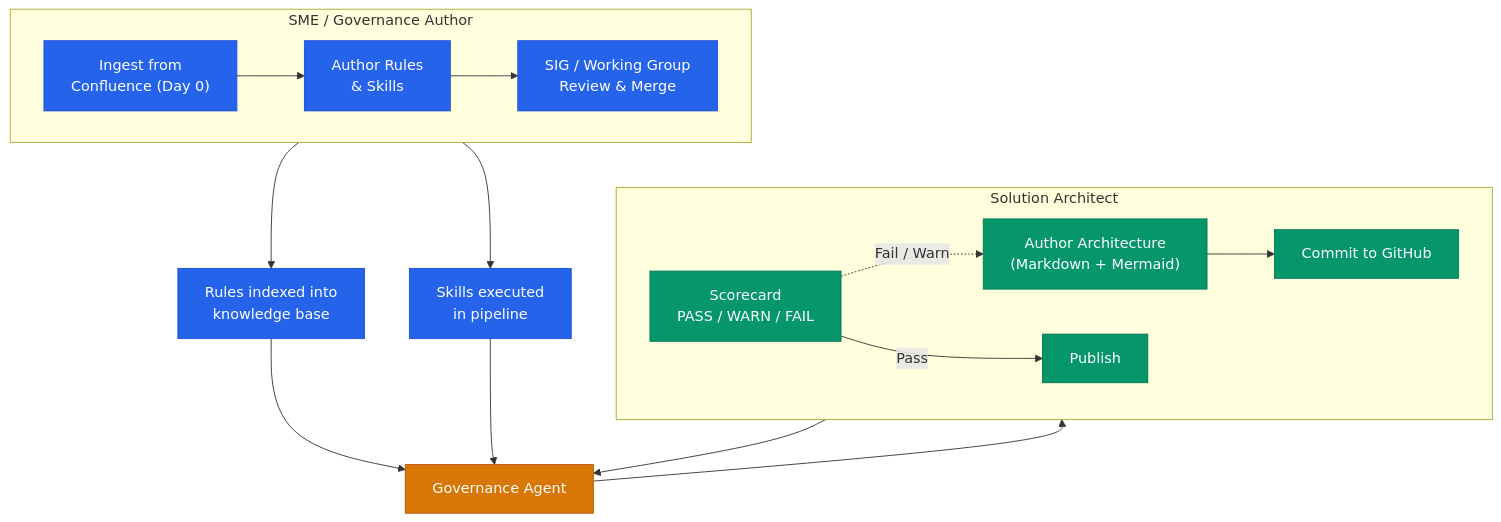
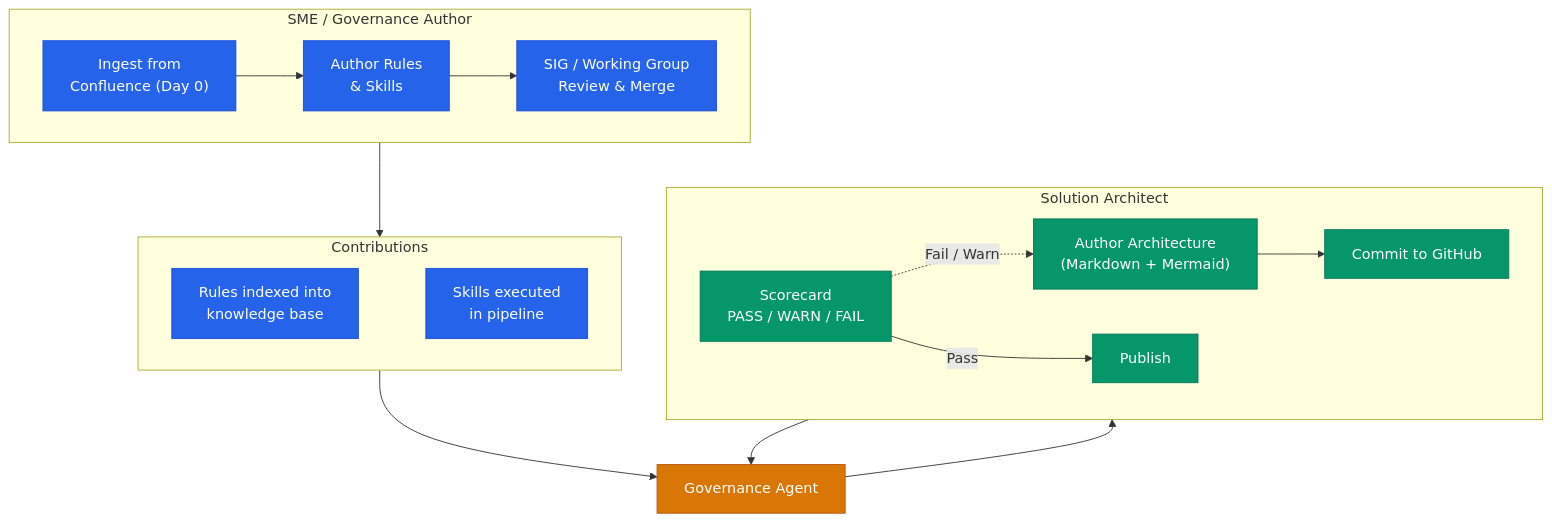
The third of 10 diagrams in docs/lifecycle.md (byrash/architecture-governance), drawn with Mermaid before and after one commit. The commit also changed other lines of this file, not shown here.

````diff
--- a/docs/lifecycle.md
+++ b/docs/lifecycle.md
@@ -106,34 +106,31 @@
 ```mermaid
 flowchart TB
     classDef sme fill:#2563EB,color:#fff,stroke:#1D4ED8
     classDef gov fill:#D97706,color:#fff,stroke:#B45309
     classDef arch fill:#059669,color:#fff,stroke:#047857
 
     subgraph smeFlow ["SME / Governance Author"]
         direction LR
-        S1["Ingest from<br/>Confluence (Day 0)"]:::sme
-        S2["Author Rules<br/>& Skills"]:::sme
-        S3["SIG / Working Group<br/>Review & Merge"]:::sme
-        S1 --> S2 --> S3
+        S1["Ingest from<br/>Confluence (Day 0)"]:::sme --> S2["Author Rules<br/>& Skills"]:::sme --> S3["SIG / Working Group<br/>Review & Merge"]:::sme
     end
 
-    R["Rules indexed into<br/>knowledge base"]:::sme
-    SK["Skills executed<br/>in pipeline"]:::sme
+    subgraph contribs ["Contributions"]
+        direction LR
+        R["Rules indexed into<br/>knowledge base"]:::sme ~~~ SK["Skills executed<br/>in pipeline"]:::sme
+    end
 
     GA["Governance Agent"]:::gov
 
     subgraph archFlow ["Solution Architect"]
         direction LR
-        A1["Author Architecture<br/>(Markdown + Mermaid)"]:::arch
-        A2["Commit to GitHub"]:::arch
+        A1["Author Architecture<br/>(Markdown + Mermaid)"]:::arch --> A2["Commit to GitHub"]:::arch
         A3["Scorecard<br/>PASS / WARN / FAIL"]:::arch
         A4["Publish"]:::arch
     end
 
-    S3 --> R & SK
-    R & SK --> GA
-    A1 --> A2 --> GA
+    smeFlow --> contribs --> GA
+    A2 --> GA
     GA --> A3
     A3 -->|"Pass"| A4
     A3 -.->|"Fail / Warn"| A1
 ```
````
